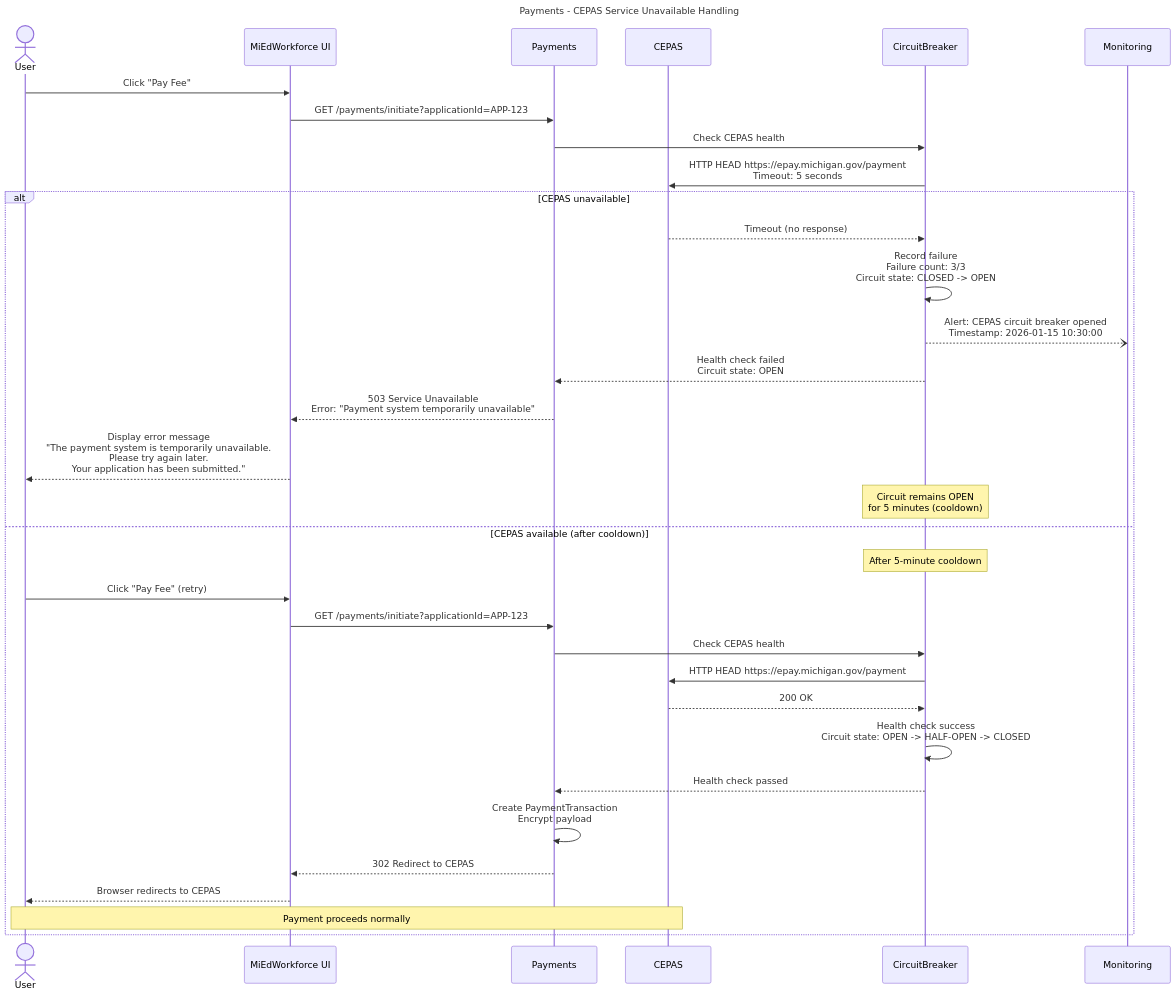
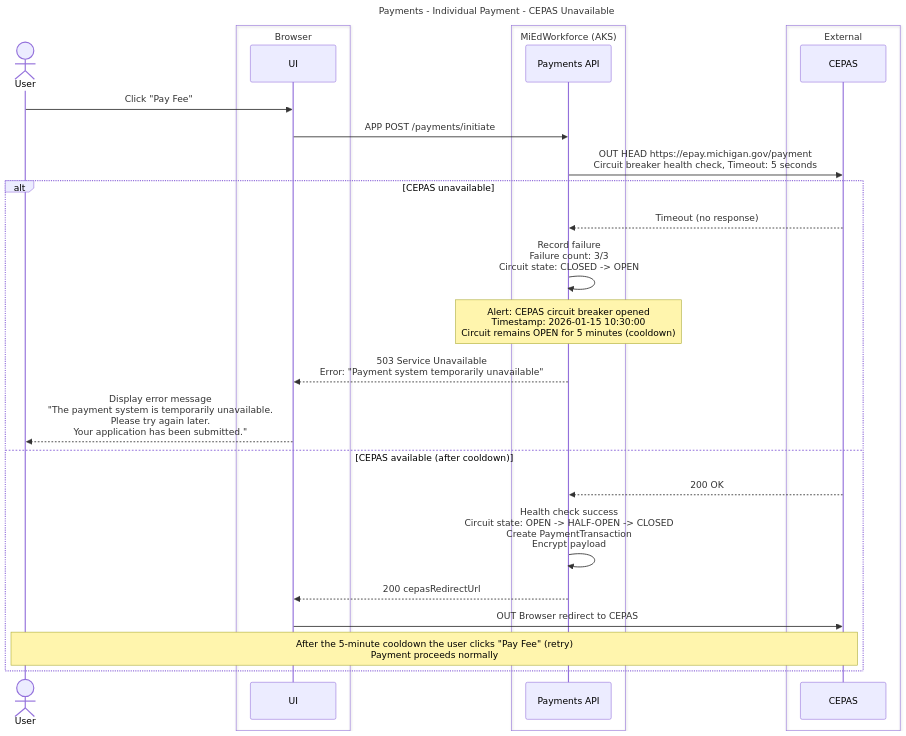
One commit to mnichols-dl/mied-design changed the eighth of 11 diagrams in working-docs/solution-areas/payments/payments-sequences.md. Above: the diagram before and after it, drawn with Mermaid. The commit also changed other lines of this file and 34 other files, not shown here.

Commit message:
Update sequences and perform RTM assessment

````diff
--- a/working-docs/solution-areas/payments/payments-sequences.md
+++ b/working-docs/solution-areas/payments/payments-sequences.md
@@ -608,52 +519,40 @@
 ```mermaid
 ---
-title: Payments - CEPAS Service Unavailable Handling
+title: Payments - Individual Payment - CEPAS Unavailable
 ---
 sequenceDiagram
     actor User
-    participant UI as MiEdWorkforce UI
-    participant Payments
-    participant CEPAS
-    participant CircuitBreaker
-    participant Monitoring
-    
+    box Browser
+        participant UI
+    end
+    box MiEdWorkforce (AKS)
+        participant PayApi as Payments API
+    end
+    box External
+        participant CEPAS
+    end
+
     User->>UI: Click "Pay Fee"
-    UI->>Payments: GET /payments/initiate?applicationId=APP-123
-    
-    Payments->>CircuitBreaker: Check CEPAS health
-    CircuitBreaker->>CEPAS: HTTP HEAD https://epay.michigan.gov/payment<br/>Timeout: 5 seconds
-    
+    UI->>PayApi: APP POST /payments/initiate
+
+    PayApi->>CEPAS: OUT HEAD https://epay.michigan.gov/payment<br/>Circuit breaker health check, Timeout: 5 seconds
+
     alt CEPAS unavailable
-        CEPAS-->>CircuitBreaker: Timeout (no response)
-        CircuitBreaker->>CircuitBreaker: Record failure<br/>Failure count: 3/3<br/>Circuit state: CLOSED -> OPEN
-        
-        CircuitBreaker--)Monitoring: Alert: CEPAS circuit breaker opened<br/>Timestamp: 2026-01-15 10:30:00
-        
-        CircuitBreaker-->>Payments: Health check failed<br/>Circuit state: OPEN
-        
-        Payments-->>UI: 503 Service Unavailable<br/>Error: "Payment system temporarily unavailable"
-        
+        CEPAS-->>PayApi: Timeout (no response)
+        PayApi->>PayApi: Record failure<br/>Failure count: 3/3<br/>Circuit state: CLOSED -> OPEN
+
+        Note over PayApi: Alert: CEPAS circuit breaker opened<br/>Timestamp: 2026-01-15 10:30:00<br/>Circuit remains OPEN for 5 minutes (cooldown)
+
+        PayApi-->>UI: 503 Service Unavailable<br/>Error: "Payment system temporarily unavailable"
+
         UI-->>User: Display error message<br/>"The payment system is temporarily unavailable.<br/>Please try again later.<br/>Your application has been submitted."
-        
-        Note over CircuitBreaker: Circuit remains OPEN<br/>for 5 minutes (cooldown)
-        
+
     else CEPAS available (after cooldown)
-        Note over CircuitBreaker: After 5-minute cooldown
-        
-        User->>UI: Click "Pay Fee" (retry)
-        UI->>Payments: GET /payments/initiate?applicationId=APP-123
-        
-        Payments->>CircuitBreaker: Check CEPAS health
-        CircuitBreaker->>CEPAS: HTTP HEAD https://epay.michigan.gov/payment
-        CEPAS-->>CircuitBreaker: 200 OK
-        
-        CircuitBreaker->>CircuitBreaker: Health check success<br/>Circuit state: OPEN -> HALF-OPEN -> CLOSED
-        
-        CircuitBreaker-->>Payments: Health check passed
-        Payments->>Payments: Create PaymentTransaction<br/>Encrypt payload
-        Payments-->>UI: 302 Redirect to CEPAS
-        UI-->>User: Browser redirects to CEPAS
-        
-        Note over User,CEPAS: Payment proceeds normally
+        CEPAS-->>PayApi: 200 OK
+        PayApi->>PayApi: Health check success<br/>Circuit state: OPEN -> HALF-OPEN -> CLOSED<br/>Create PaymentTransaction<br/>Encrypt payload
+        PayApi-->>UI: 200 cepasRedirectUrl
+        UI->>CEPAS: OUT Browser redirect to CEPAS
+
+        Note over User,CEPAS: After the 5-minute cooldown the user clicks "Pay Fee" (retry)<br/>Payment proceeds normally
     end
 ```
````
